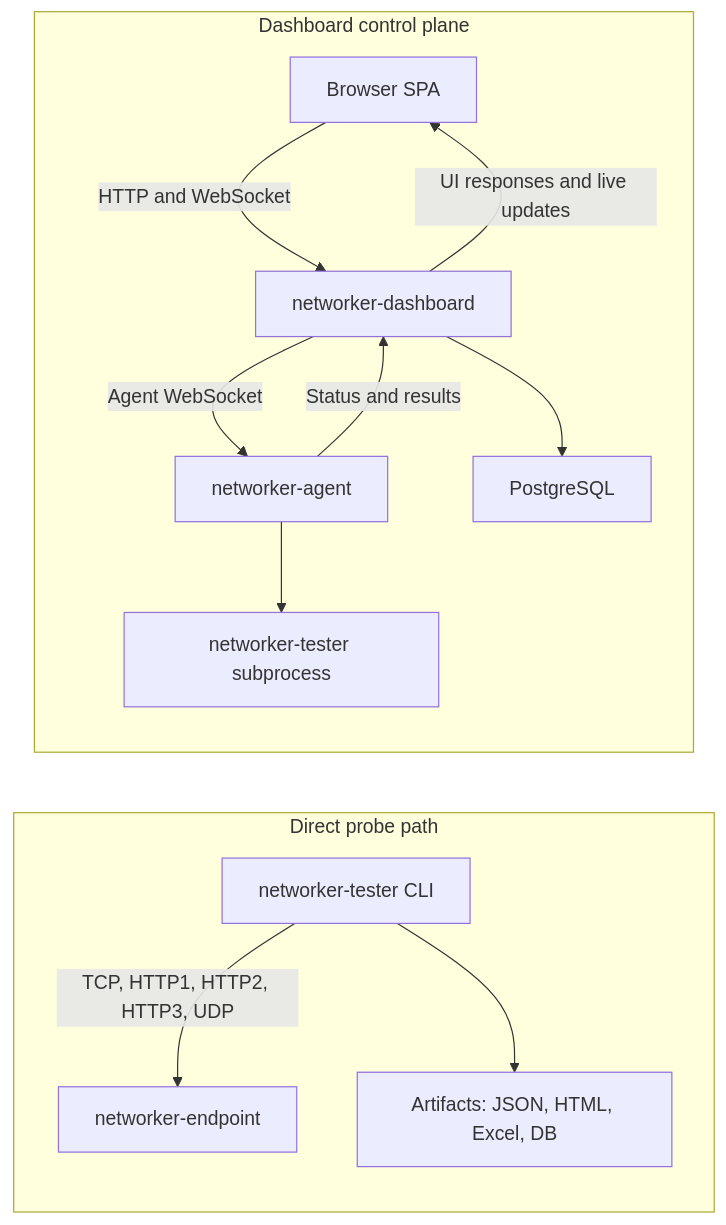
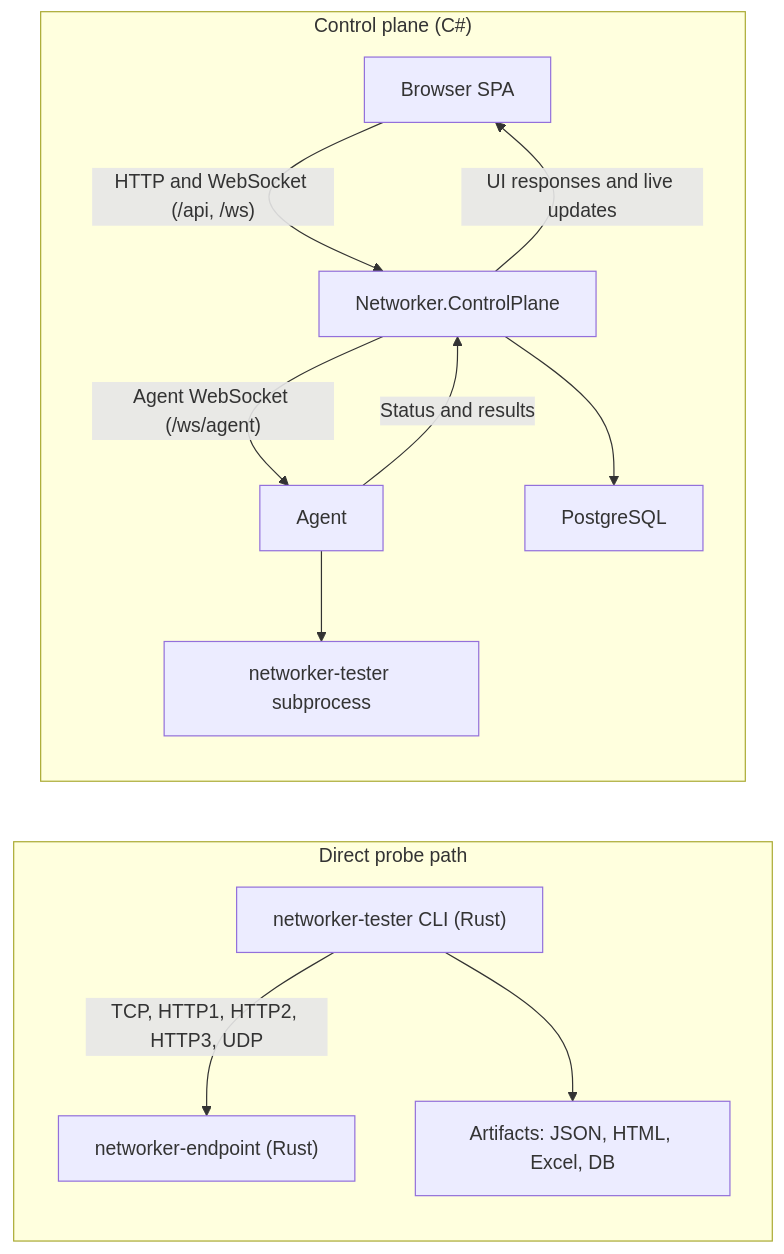
The diagram in README.md (irlm/networker-tester), drawn with Mermaid before and after one commit. The commit also changed other lines of this file and 2 other files, not shown here.

First line of the commit message:
docs(readme): reflect the hybrid Rust+C# reality post-cutover

````diff
--- a/README.md
+++ b/README.md
@@ -15,25 +21,25 @@
 ```mermaid
 flowchart LR
     subgraph ProbePath["Direct probe path"]
-        T["networker-tester CLI"]
-        E["networker-endpoint"]
+        T["networker-tester CLI (Rust)"]
+        E["networker-endpoint (Rust)"]
         O["Artifacts: JSON, HTML, Excel, DB"]
         T -->|"TCP, HTTP1, HTTP2, HTTP3, UDP"| E
         T --> O
     end
 
-    subgraph ControlPlane["Dashboard control plane"]
+    subgraph ControlPlane["Control plane (C#)"]
         B["Browser SPA"]
-        D["networker-dashboard"]
-        A["networker-agent"]
+        D["Networker.ControlPlane"]
+        A["Agent"]
         TP["networker-tester subprocess"]
         P["PostgreSQL"]
 
-        B -->|"HTTP and WebSocket"| D
+        B -->|"HTTP and WebSocket (/api, /ws)"| D
         D -->|"UI responses and live updates"| B
-        D -->|"Agent WebSocket"| A
+        D -->|"Agent WebSocket (/ws/agent)"| A
         A -->|"Status and results"| D
         A --> TP
         D --> P
     end
 ```
````
